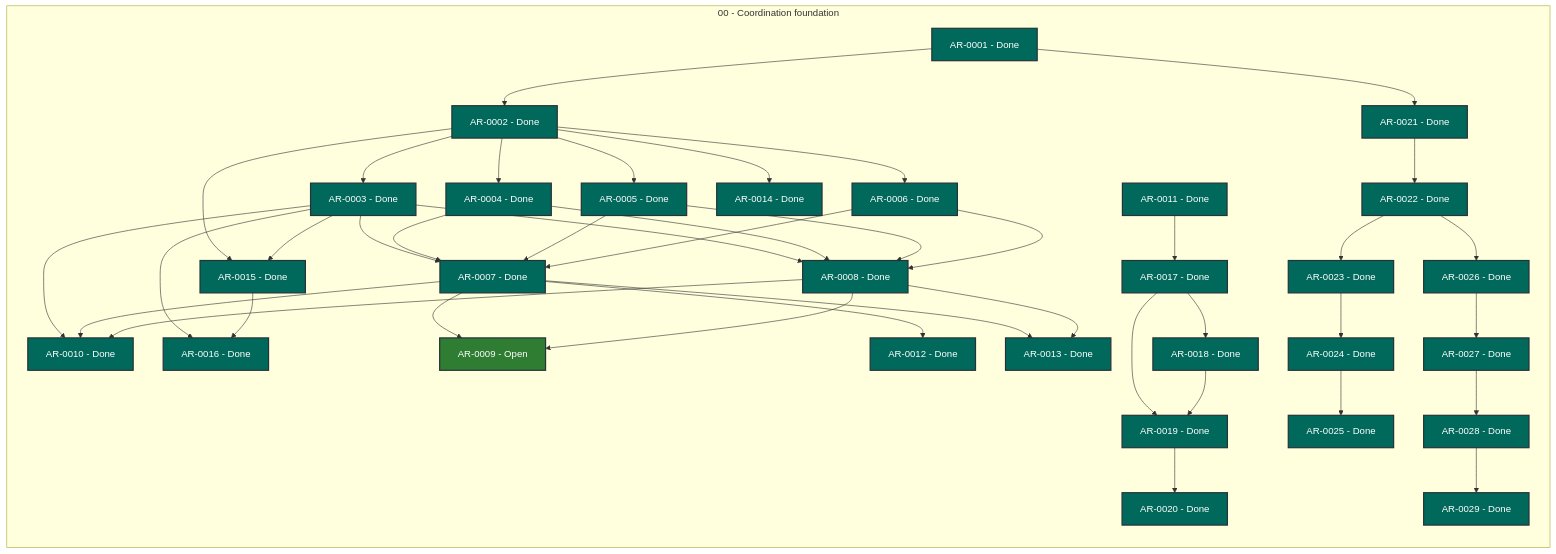
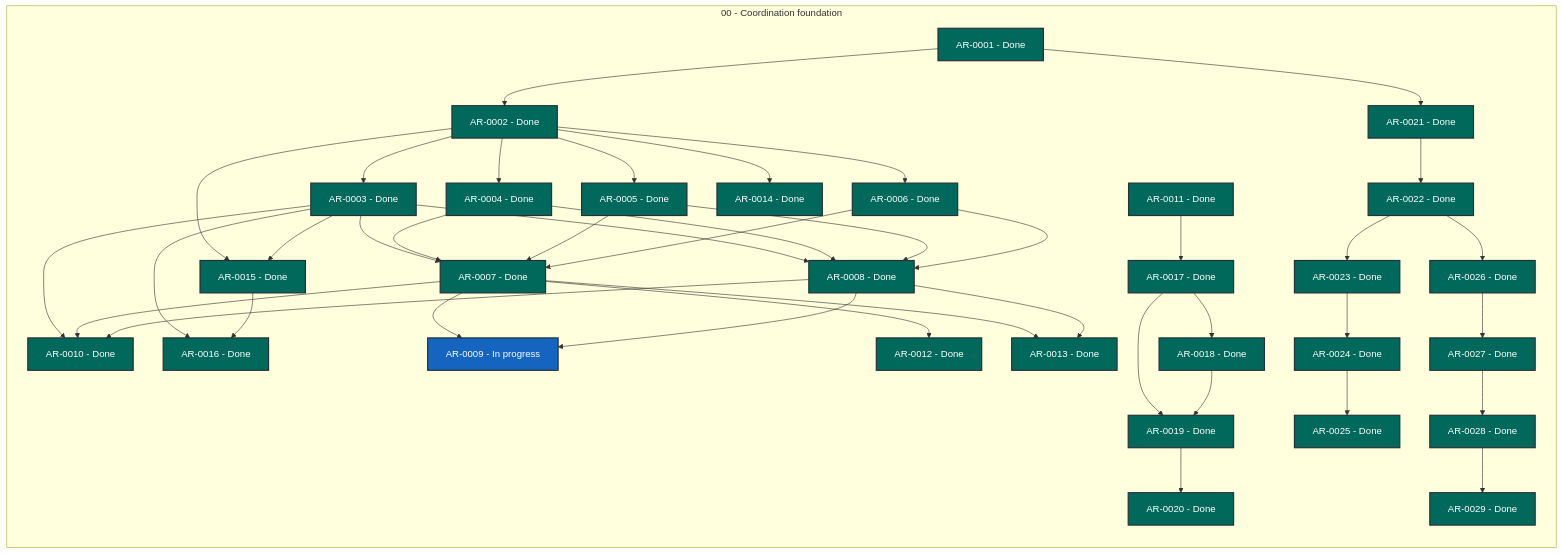
The diagram in STATUS.md (martin-beck/agent-workflow-coordinator-state), drawn with Mermaid before and after one commit. The commit also changed other lines of this file and 2 other files, not shown here.

```diff
--- a/STATUS.md
+++ b/STATUS.md
@@ -36,7 +36,7 @@
         AR_0006["AR-0006 - Done"]:::status_done
         AR_0007["AR-0007 - Done"]:::status_done
         AR_0008["AR-0008 - Done"]:::status_done
-        AR_0009["AR-0009 - Open"]:::status_open
+        AR_0009["AR-0009 - In progress"]:::status_in_progress
         AR_0010["AR-0010 - Done"]:::status_done
         AR_0011["AR-0011 - Done"]:::status_done
         AR_0012["AR-0012 - Done"]:::status_done
```
